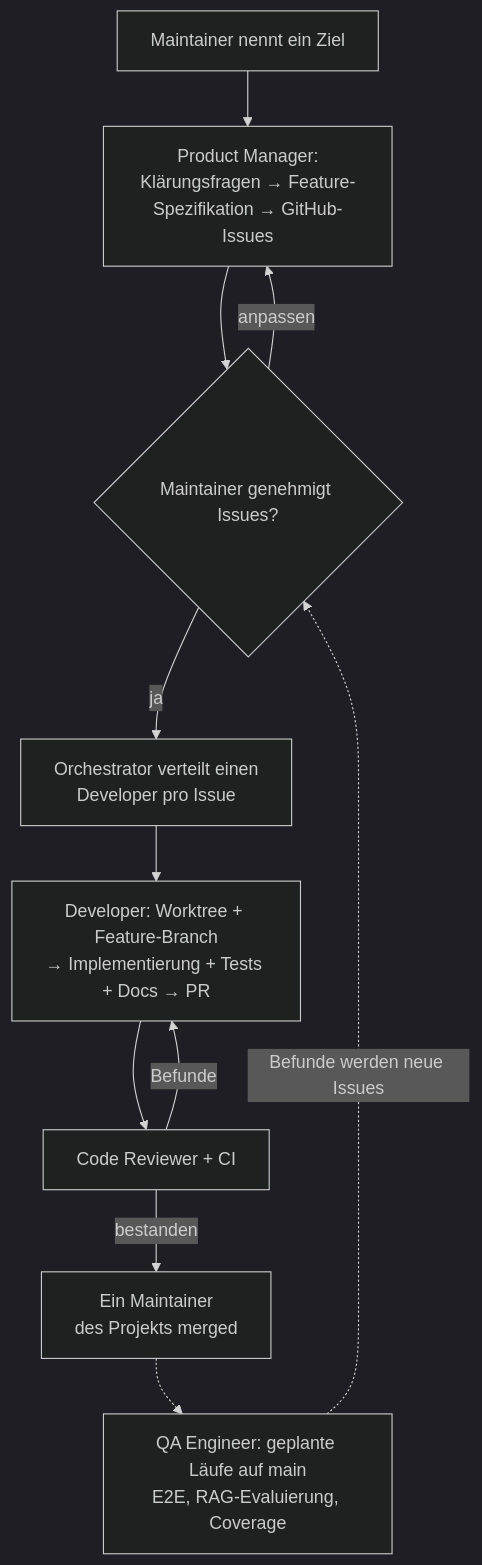
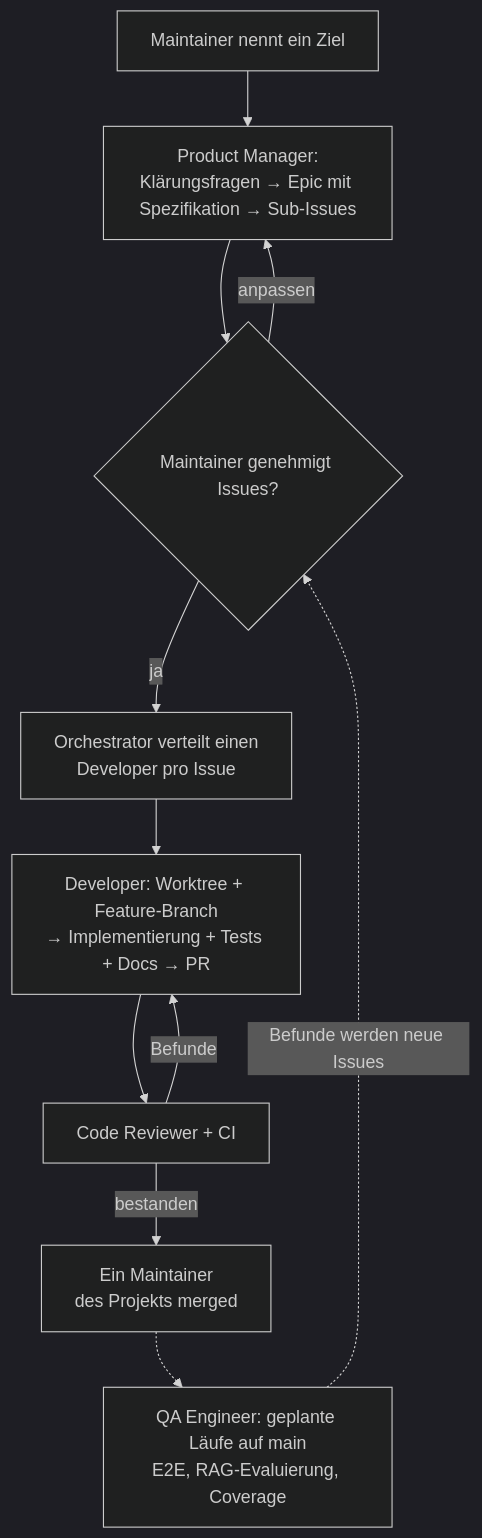
Before and after one commit to criew/opaa: the diagram in docs/AGENT-ORGANIZATION.md, drawn with Mermaid (dark theme). The commit also changed other lines of this file and 20 other files, not shown here.

````diff
--- a/docs/AGENT-ORGANIZATION.md
+++ b/docs/AGENT-ORGANIZATION.md
@@ -73,13 +73,13 @@
 ```mermaid
 flowchart TD
-    A[Maintainer nennt ein Ziel] --> B[Product Manager:\nKlärungsfragen → Feature-Spezifikation → GitHub-Issues]
+    A[Maintainer nennt ein Ziel] --> B[Product Manager:\nKlärungsfragen → Epic mit Spezifikation → Sub-Issues]
     B --> C{Maintainer genehmigt Issues?}
     C -- anpassen --> B
     C -- ja --> D[Orchestrator verteilt einen\nDeveloper pro Issue]
     D --> E[Developer: Worktree + Feature-Branch\n→ Implementierung + Tests + Docs → PR]
     E --> F[Code Reviewer + CI]
     F -- Befunde --> E
     F -- bestanden --> G[Ein Maintainer\ndes Projekts merged]
     G -.-> H[QA Engineer: geplante Läufe auf main\nE2E, RAG-Evaluierung, Coverage]
     H -. Befunde werden neue Issues .-> C
 ```
````
